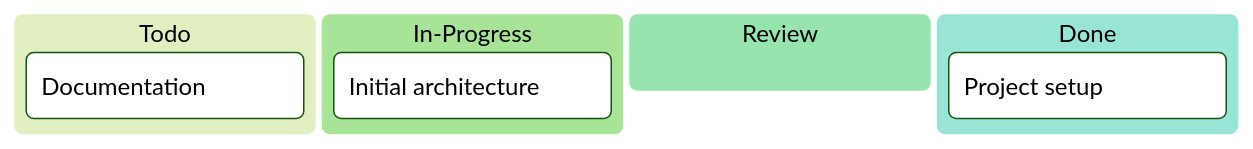
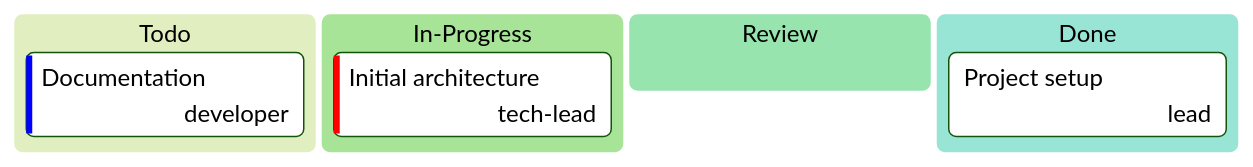
Before and after one commit to Katty-Fashion/kf-cpto: the diagram in docs/_projects/project-template.md, drawn with Mermaid (forest theme). The commit also changed other lines of this file and 5 other files, not shown here.

````diff
--- a/docs/_projects/project-template.md
+++ b/docs/_projects/project-template.md
@@ -28,10 +28,10 @@
 ```mermaid
 kanban
   Todo
-    t3[Documentation]
+    t3[Documentation]@{ priority: 'Low', assigned: 'developer' }
   In-Progress
-    t2[Initial architecture]
+    t2[Initial architecture]@{ priority: 'Very High', assigned: 'tech-lead' }
   Review
   Done
-    t1[Project setup]
+    t1[Project setup]@{ assigned: 'lead' }
 ```
````
